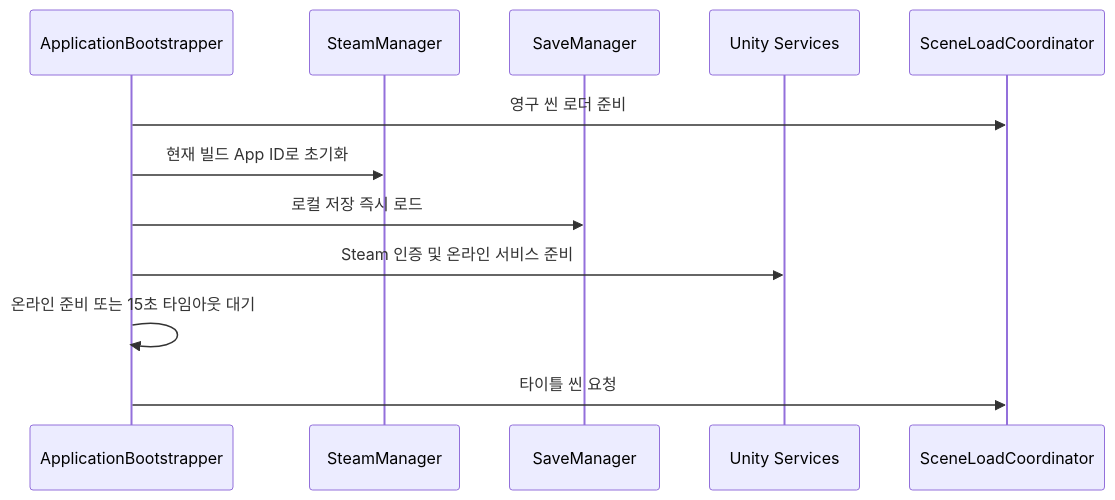
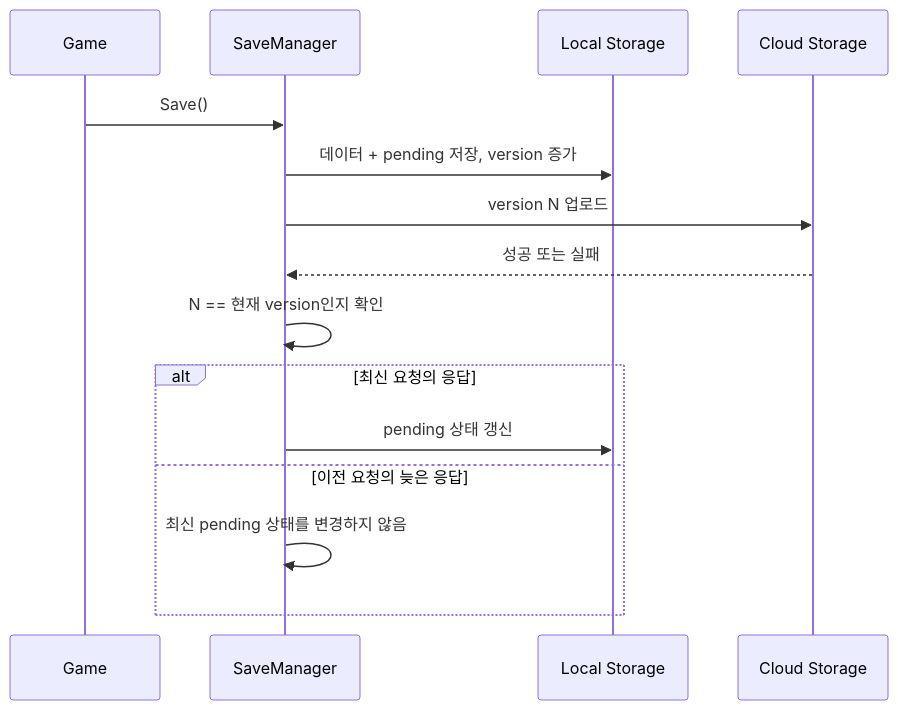
Before and after one commit to parkwonkuku/EndGame-Network-Simulator: the fourth of 4 diagrams in docs/architecture.md, drawn with Mermaid. The commit also changed other lines of this file and 12 other files, not shown here.

````diff
--- a/docs/architecture.md
+++ b/docs/architecture.md
@@ -75,15 +77,18 @@
 ```mermaid
 sequenceDiagram
-    participant A as ApplicationBootstrapper
-    participant S as SteamManager
-    participant L as SaveManager
-    participant U as Unity Services
-    participant C as SceneLoadCoordinator
+    participant G as Game
+    participant S as SaveManager
+    participant L as Local Storage
+    participant C as Cloud Storage
 
-    A->>C: 영구 씬 로더 준비
-    A->>S: 현재 빌드 App ID로 초기화
-    A->>L: 로컬 저장 즉시 로드
-    A->>U: Steam 인증 및 온라인 서비스 준비
-    A->>A: 온라인 준비 또는 15초 타임아웃 대기
-    A->>C: 타이틀 씬 요청
+    G->>S: Save()
+    S->>L: 데이터 + pending 저장, version 증가
+    S->>C: version N 업로드
+    C-->>S: 성공 또는 실패
+    S->>S: N == 현재 version인지 확인
+    alt 최신 요청의 응답
+        S->>L: pending 상태 갱신
+    else 이전 요청의 늦은 응답
+        S->>S: 최신 pending 상태를 변경하지 않음
+    end
 ```
````
